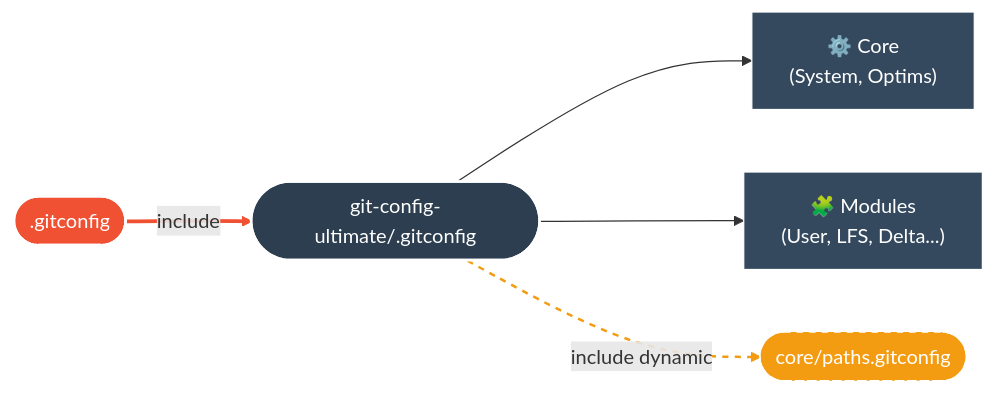
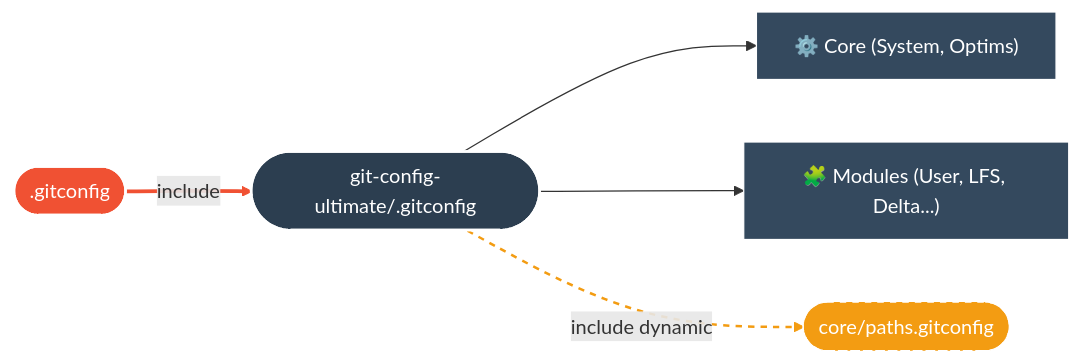
Before and after one commit to yanix2445/git-config-ultimate: the diagram in README.md, drawn with Mermaid.

Commit message:
docs: Simplifier le formatage des étiquettes Core et Modules dans le README en supprimant les retours à la ligne.

````diff
--- a/README.md
+++ b/README.md
@@ -51,25 +51,25 @@
 ```mermaid
 flowchart LR
     Home([".gitconfig"])
     Root(["git-config-ultimate/.gitconfig"])
     Local(["core/paths.gitconfig"])
     
-    Core["⚙️ Core\n(System, Optims)"]
-    Modules["🧩 Modules\n(User, LFS, Delta...)"]
+    Core["⚙️ Core (System, Optims)"]
+    Modules["🧩 Modules (User, LFS, Delta...)"]
 
     %% Flow
     Home ==>| include | Root
     Root --> Core
     Root --> Modules
     Root -.->| include dynamic | Local
     
     %% Styles
     style Home fill:#f05133,stroke:#fff,color:#fff,stroke-width:2px
     style Root fill:#2c3e50,stroke:#fff,color:#fff,stroke-width:2px
     style Core fill:#34495e,stroke:#fff,color:#fff,stroke-width:1px
     style Modules fill:#34495e,stroke:#fff,color:#fff,stroke-width:1px
     style Local fill:#f39c12,stroke:#fff,color:#fff,stroke-width:1px,stroke-dasharray: 5 5
 
     linkStyle 0 stroke:#f05133,stroke-width:3px
     linkStyle 3 stroke:#f39c12,stroke-width:2px,stroke-dasharray: 5 5
 ```
````
